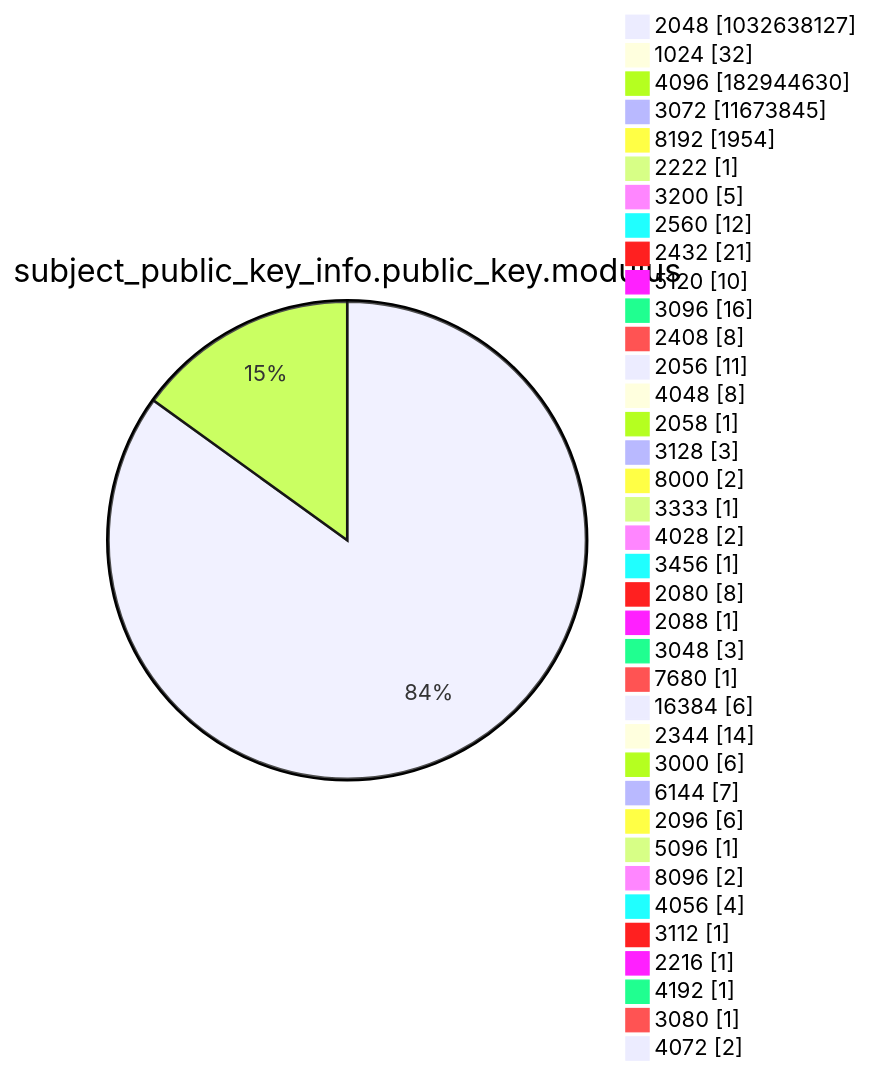
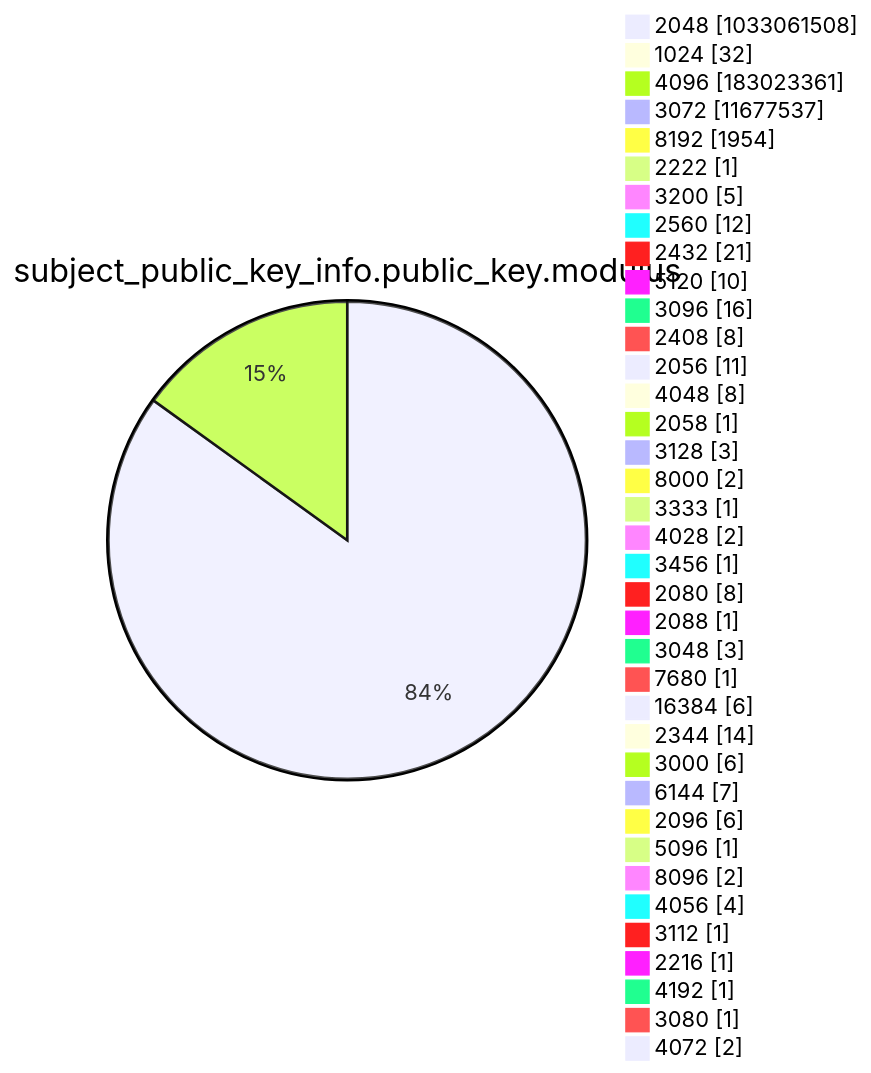
One commit to christiankrug/ctmonitor_visualization changed diagram 13 of 15 in argon2022/README.md. Above: the diagram before and after it, drawn with Mermaid. The commit also changed other lines of this file, not shown here.

````diff
--- a/argon2022/README.md
+++ b/argon2022/README.md
@@ -3589,41 +3589,41 @@
 ```mermaid
 pie showData
 title subject_public_key_info.public_key.modulus
-"2048" :1032638127
+"2048" :1033061508
 "1024" :32
-"4096" :182944630
-"3072" :11673845
+"4096" :183023361
+"3072" :11677537
 "8192" :1954
 "2222" :1
 "3200" :5
 "2560" :12
 "2432" :21
 "5120" :10
 "3096" :16
 "2408" :8
 "2056" :11
 "4048" :8
 "2058" :1
 "3128" :3
 "8000" :2
 "3333" :1
 "4028" :2
 "3456" :1
 "2080" :8
 "2088" :1
 "3048" :3
 "7680" :1
 "16384" :6
 "2344" :14
 "3000" :6
 "6144" :7
 "2096" :6
 "5096" :1
 "8096" :2
 "4056" :4
 "3112" :1
 "2216" :1
 "4192" :1
 "3080" :1
 "4072" :2
 ```
````
